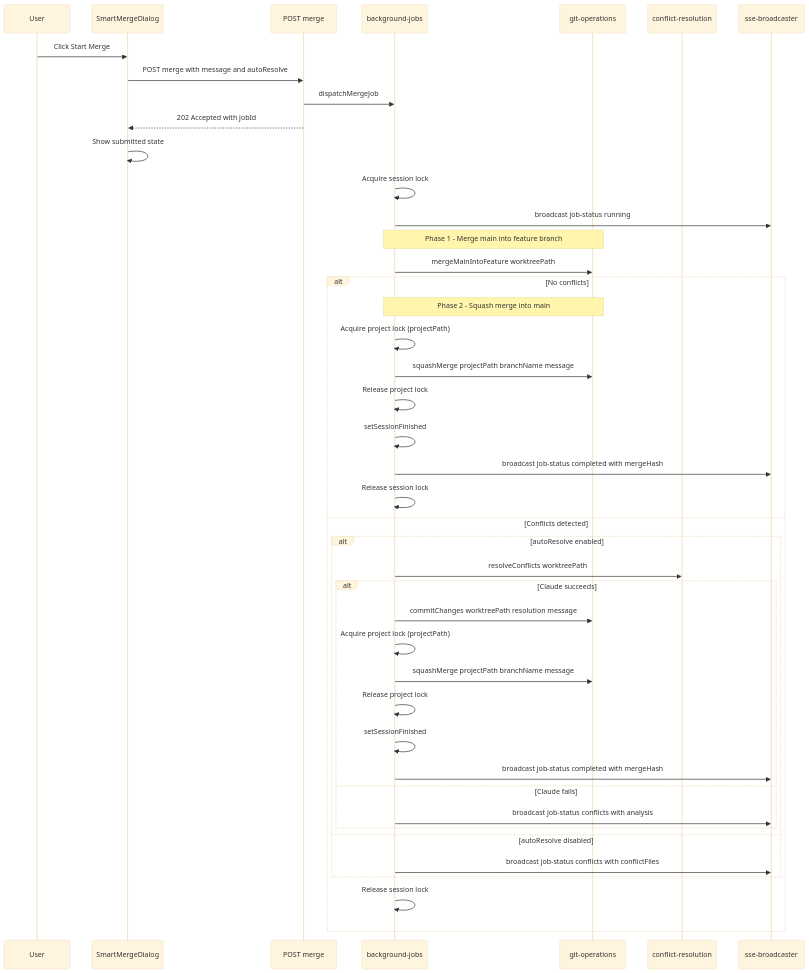
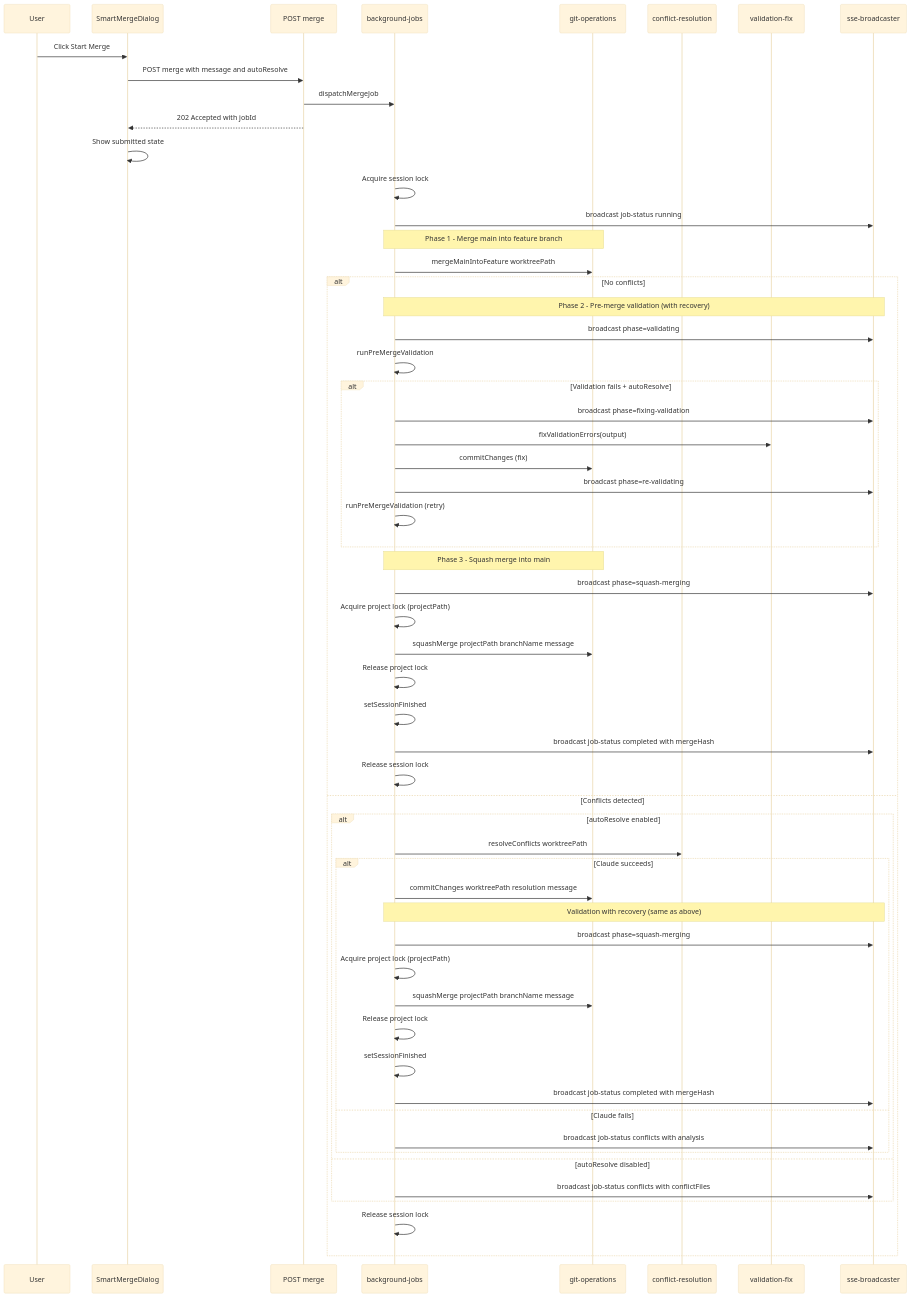
Before and after one commit to amhuppert/remote-ai-manager: the second of 5 diagrams in .kiro/specs/smart-merge/design.md, drawn with Mermaid (base theme). The commit also changed other lines of this file and 11 other files, not shown here.

Commit message:
Merge csm/make-merge-more-robust into main

````diff
--- a/.kiro/specs/smart-merge/design.md
+++ b/.kiro/specs/smart-merge/design.md
@@ -103,49 +103,64 @@
 ```mermaid
 sequenceDiagram
     participant User
     participant Dialog as SmartMergeDialog
     participant API as POST merge
     participant Jobs as background-jobs
     participant Git as git-operations
     participant Claude as conflict-resolution
+    participant ValFix as validation-fix
     participant SSE as sse-broadcaster
 
     User->>Dialog: Click Start Merge
     Dialog->>API: POST merge with message and autoResolve
     API->>Jobs: dispatchMergeJob
     API-->>Dialog: 202 Accepted with jobId
     Dialog->>Dialog: Show submitted state
 
     Jobs->>Jobs: Acquire session lock
     Jobs->>SSE: broadcast job-status running
 
     Note over Jobs,Git: Phase 1 - Merge main into feature branch
     Jobs->>Git: mergeMainIntoFeature worktreePath
 
     alt No conflicts
-        Note over Jobs,Git: Phase 2 - Squash merge into main
+        Note over Jobs,SSE: Phase 2 - Pre-merge validation (with recovery)
+        Jobs->>SSE: broadcast phase=validating
+        Jobs->>Jobs: runPreMergeValidation
+        alt Validation fails + autoResolve
+            Jobs->>SSE: broadcast phase=fixing-validation
+            Jobs->>ValFix: fixValidationErrors(output)
+            Jobs->>Git: commitChanges (fix)
+            Jobs->>SSE: broadcast phase=re-validating
+            Jobs->>Jobs: runPreMergeValidation (retry)
+        end
+
+        Note over Jobs,Git: Phase 3 - Squash merge into main
+        Jobs->>SSE: broadcast phase=squash-merging
         Jobs->>Jobs: Acquire project lock (projectPath)
         Jobs->>Git: squashMerge projectPath branchName message
         Jobs->>Jobs: Release project lock
         Jobs->>Jobs: setSessionFinished
         Jobs->>SSE: broadcast job-status completed with mergeHash
         Jobs->>Jobs: Release session lock
     else Conflicts detected
         alt autoResolve enabled
             Jobs->>Claude: resolveConflicts worktreePath
             alt Claude succeeds
                 Jobs->>Git: commitChanges worktreePath resolution message
+                Note over Jobs,SSE: Validation with recovery (same as above)
+                Jobs->>SSE: broadcast phase=squash-merging
                 Jobs->>Jobs: Acquire project lock (projectPath)
                 Jobs->>Git: squashMerge projectPath branchName message
                 Jobs->>Jobs: Release project lock
                 Jobs->>Jobs: setSessionFinished
                 Jobs->>SSE: broadcast job-status completed with mergeHash
             else Claude fails
                 Jobs->>SSE: broadcast job-status conflicts with analysis
             end
         else autoResolve disabled
             Jobs->>SSE: broadcast job-status conflicts with conflictFiles
         end
         Jobs->>Jobs: Release session lock
     end
 ```
````
